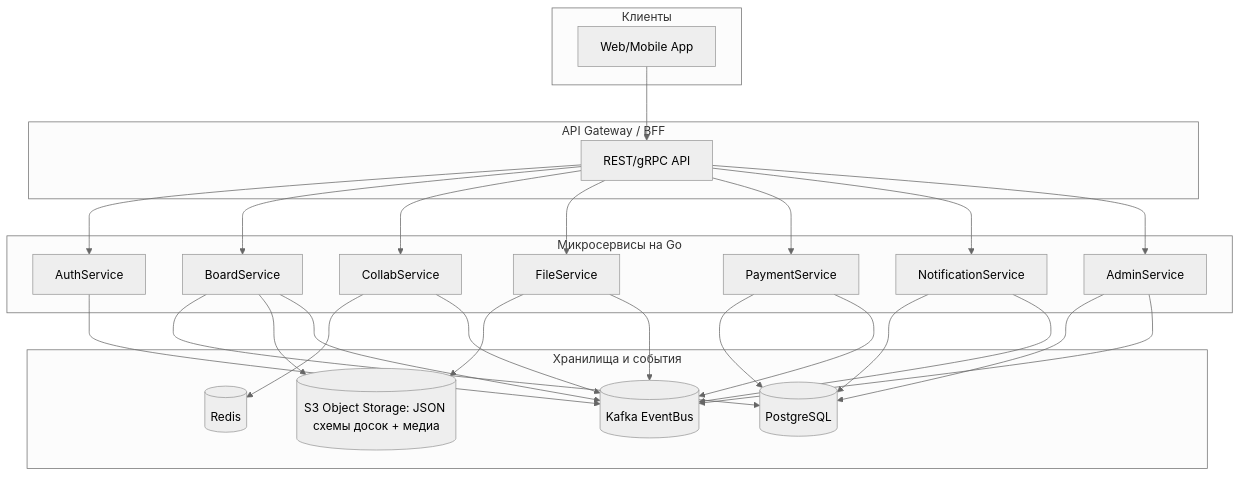
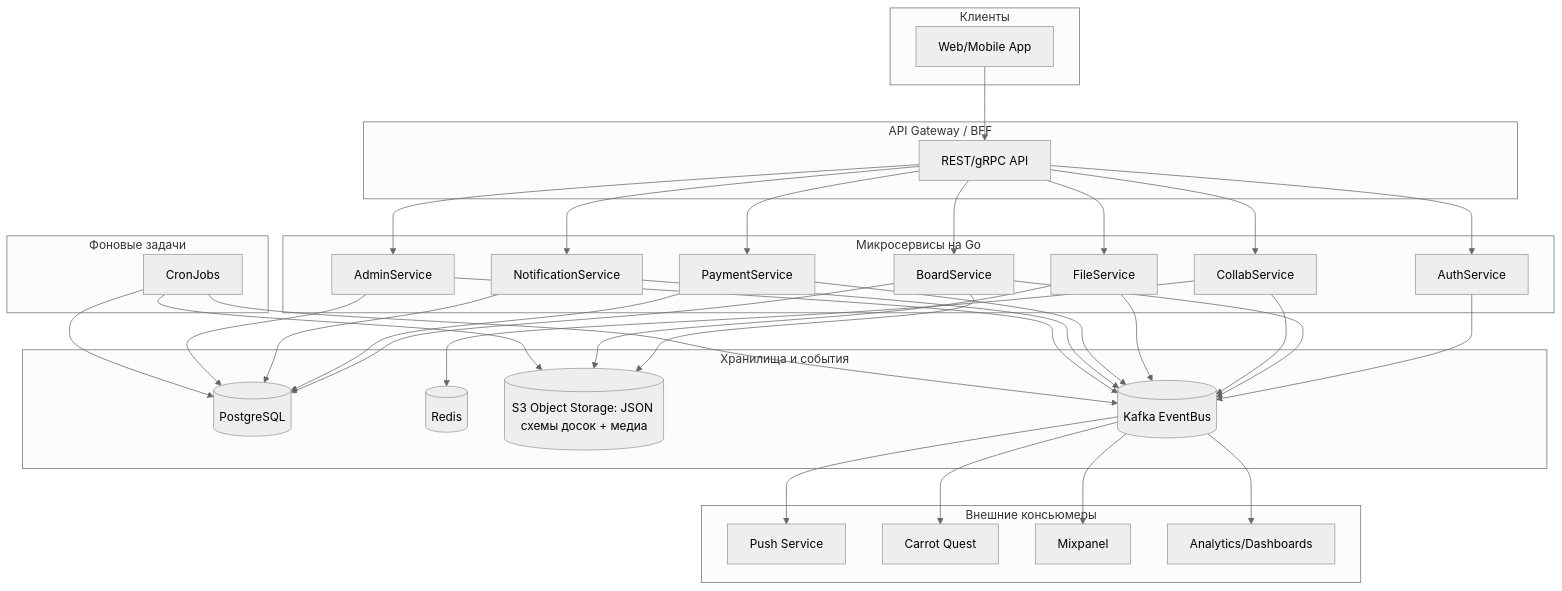
The diagram in Проектирование-ИС/02-Структура-системы/README.md (dvsnin/interactive-whiteboard-docs), drawn with Mermaid (neutral theme) before and after one commit.

Commit message:
[Проектирование-ИС] fix

````diff
--- a/Проектирование-ИС/02-Структура-системы/README.md
+++ b/Проектирование-ИС/02-Структура-системы/README.md
@@ -30,53 +30,75 @@
 ```mermaid
 flowchart TB
     subgraph Client[Клиенты]
         A[Web/Mobile App]
     end
 
     subgraph Gateway[API Gateway / BFF]
         G1[REST/gRPC API]
     end
 
     subgraph Services[Микросервисы на Go]
         S1[AuthService]
         S2[BoardService]
         S3[CollabService]
         S4[FileService]
         S5[PaymentService]
         S6[NotificationService]
         S7[AdminService]
     end
 
+    subgraph Infra[Фоновые задачи]
+        CJ[CronJobs]
+    end
+
     subgraph Data[Хранилища и события]
         D1[(PostgreSQL)]
         D2[(Redis)]
         D3[(S3 Object Storage: JSON схемы досок + медиа)]
         D4[(Kafka EventBus)]
+    end
+
+    subgraph Consumers[Внешние консьюмеры]
+        C1[Push Service]
+        C2[Carrot Quest]
+        C3[Mixpanel]
+        C4[Analytics/Dashboards]
     end
 
     A --> G1
     G1 --> S1
     G1 --> S2
     G1 --> S3
     G1 --> S4
     G1 --> S5
     G1 --> S6
     G1 --> S7
 
     S2 --> D1
     S3 --> D2
     S2 --> D3
     S4 --> D3
     S5 --> D1
     S6 --> D1
     S7 --> D1
 
-    %% Kafka как шина событий
+    %% Kafka как общий EventBus
     S1 --> D4
     S2 --> D4
     S3 --> D4
     S4 --> D4
     S5 --> D4
     S6 --> D4
     S7 --> D4
+
+    %% CronJobs работают с БД, Kafka и S3
+    CJ --> D1
+    CJ --> D3
+    CJ --> D4
+
+    %% Консьюмеры Kafka
+    D4 --> C1
+    D4 --> C2
+    D4 --> C3
+    D4 --> C4
 ```
````
